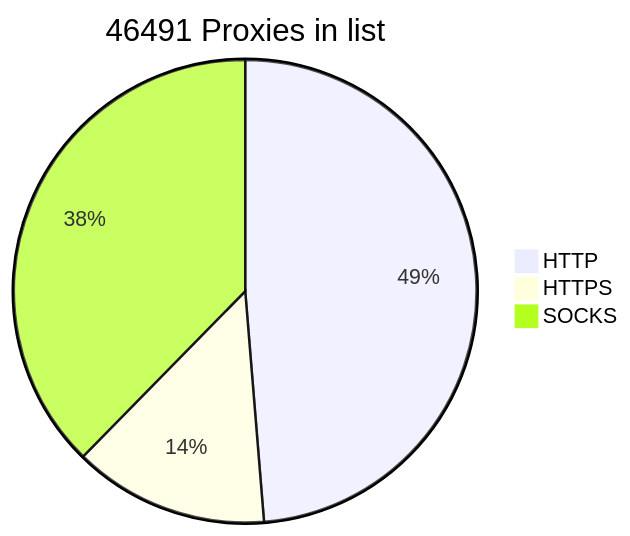
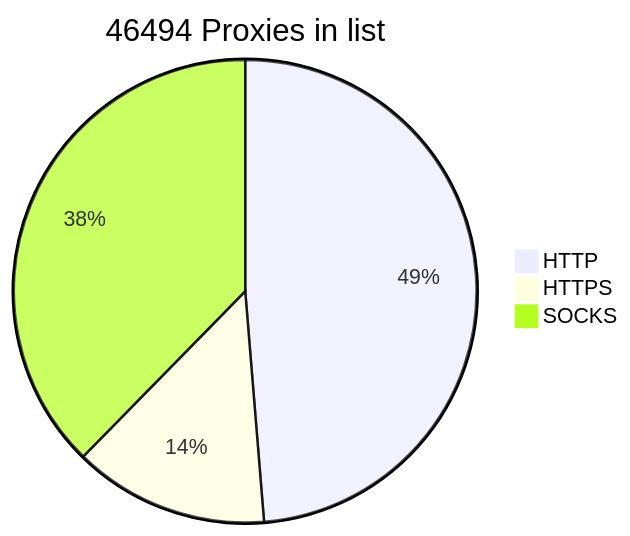
The diagram in README.md (BlackSnowDot/proxylist-update-every-minute), drawn with Mermaid before and after one commit.

````diff
--- a/README.md
+++ b/README.md
@@ -2,6 +2,6 @@
 ```mermaid
-pie title 46491 Proxies in list
+pie title 46494 Proxies in list
     "HTTP" : 25208
     "HTTPS": 7061
-    "SOCKS" : 19488
+    "SOCKS" : 19491
 ```
````
